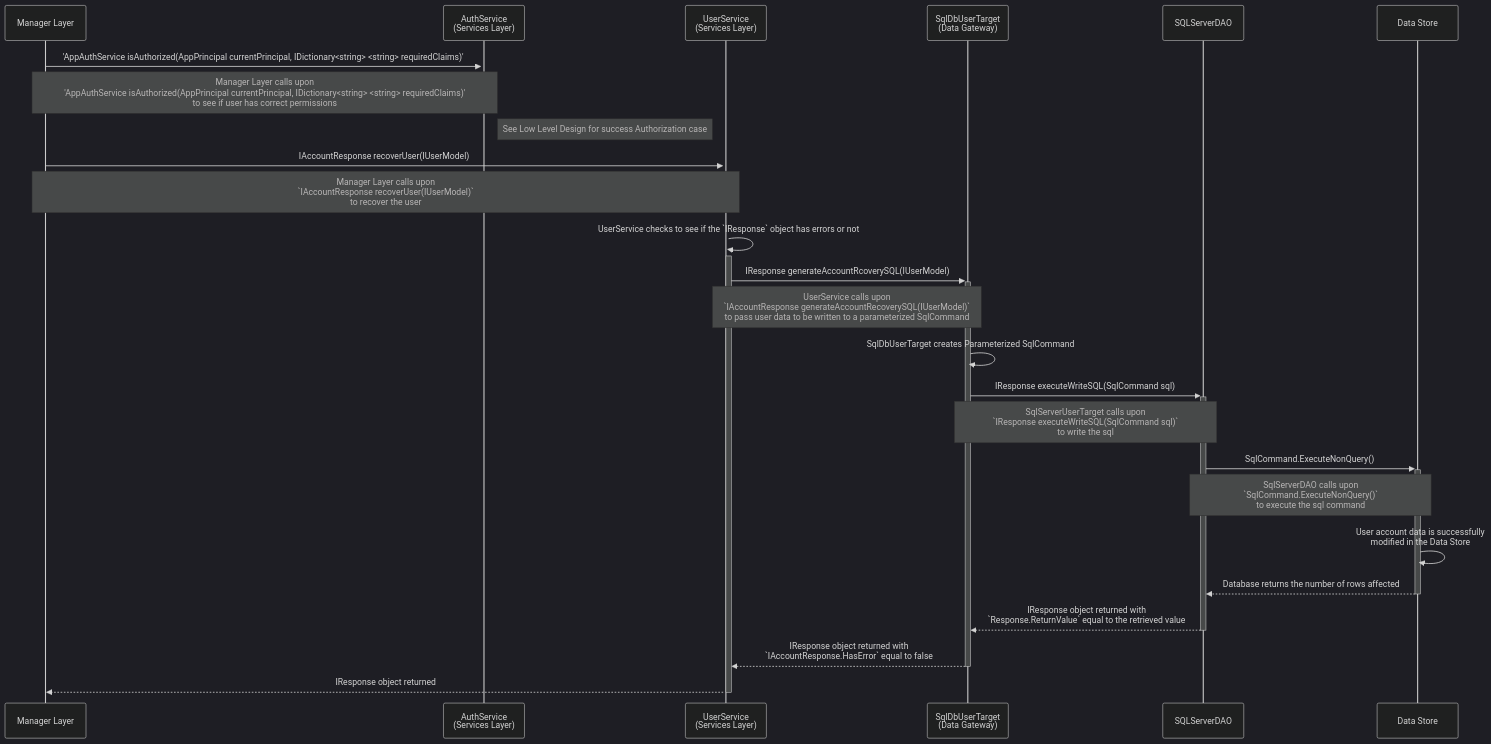
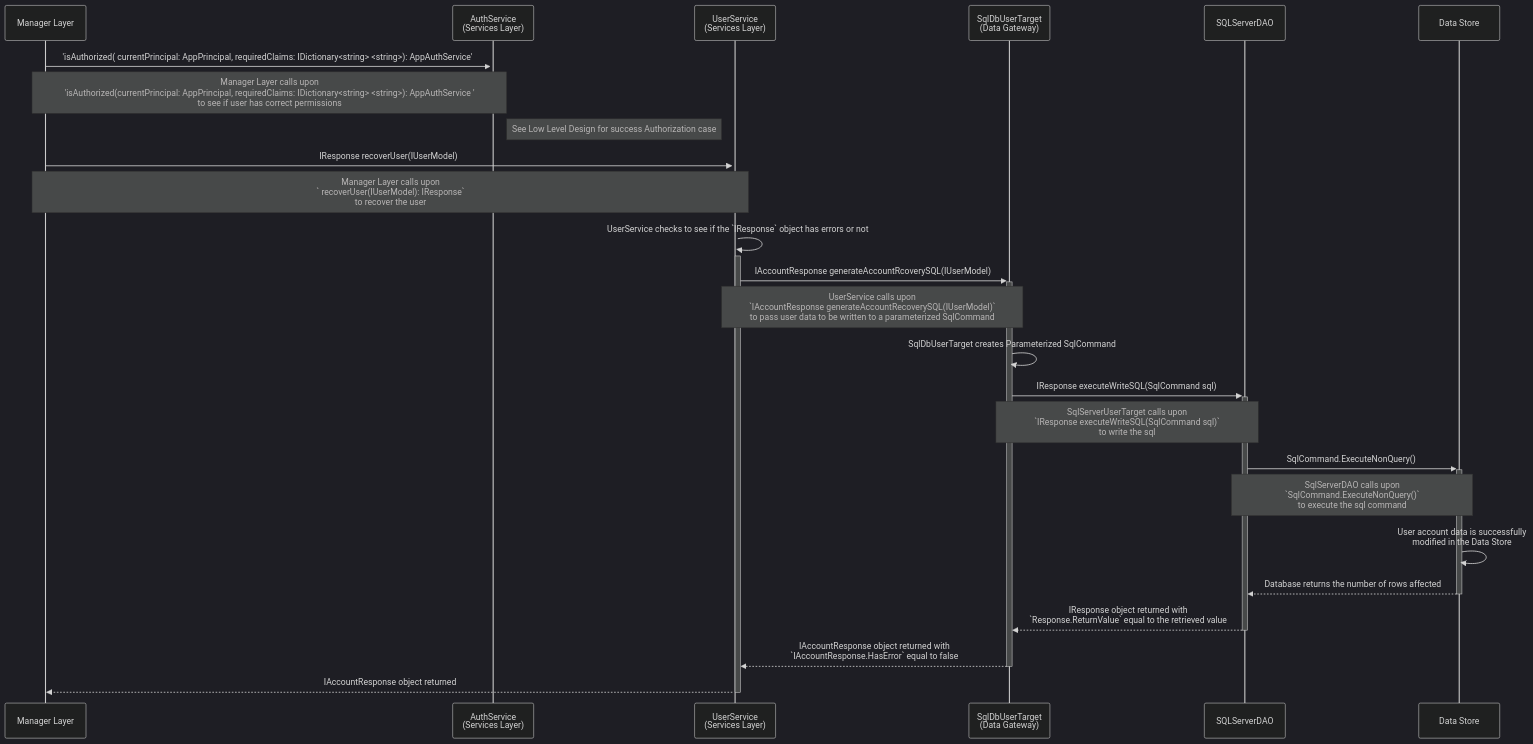
The diagram in Project Documents/Milestone 2/Low Level Design/User Administration Library/AccountRecovery/UserAdministrationLibrary_AccountRecovery_MfaSuccess.mmd (MNRainDrop/CECS-491A-Spec), drawn with Mermaid (dark theme) before and after one commit. The commit also changed 1 other file, not shown here.

```diff
--- a/Project Documents/Milestone 2/Low Level Design/User Administration Library/AccountRecovery/UserAdministrationLibrary_AccountRecovery_MfaSuccess.mmd
+++ b/Project Documents/Milestone 2/Low Level Design/User Administration Library/AccountRecovery/UserAdministrationLibrary_AccountRecovery_MfaSuccess.mmd
@@ -1,44 +1,44 @@
 sequenceDiagram
 
 %% See BRD UA-2 for additional context
 
 participant ml as Manager Layer
 participant as as AuthService<br>(Services Layer)
 participant uc as UserService<br>(Services Layer)
 participant dg as SqlDbUserTarget<br>(Data Gateway)
 participant da as SQLServerDAO
 participant ds as Data Store
 
 
-ml->>+as: 'AppAuthService isAuthorized(AppPrincipal currentPrincipal, IDictionary<string> <string> requiredClaims)'
-        Note over ml,as: Manager Layer calls upon<br>  'AppAuthService isAuthorized(AppPrincipal currentPrincipal, IDictionary<string> <string> requiredClaims)'<br>to see if user has correct permissions
+ml->>+as: 'isAuthorized( currentPrincipal: AppPrincipal, requiredClaims: IDictionary<string> <string>): AppAuthService'
+        Note over ml,as: Manager Layer calls upon<br>  'isAuthorized(currentPrincipal: AppPrincipal, requiredClaims: IDictionary<string> <string>): AppAuthService '<br>to see if user has correct permissions
         Note right of as: See Low Level Design for success Authorization case
 
 
-ml->>+uc: IAccountResponse recoverUser(IUserModel)
-    Note over ml,uc: Manager Layer calls upon<br>`IAccountResponse recoverUser(IUserModel)`<br>to recover the user
+ml->>+uc: IResponse recoverUser(IUserModel)
+    Note over ml,uc: Manager Layer calls upon<br>` recoverUser(IUserModel): IResponse`<br>to recover the user
 
 %% UserService should check/ validate data passed through
 uc->>+uc: UserService checks to see if the `IResponse` object has errors or not
 
     %% Modify the user
-    uc->>+dg: IResponse generateAccountRcoverySQL(IUserModel)
+    uc->>+dg: IAccountResponse generateAccountRcoverySQL(IUserModel)
     Note over uc,dg: UserService calls upon<br>`IAccountResponse generateAccountRecoverySQL(IUserModel)`<br>to pass user data to be written to a parameterized SqlCommand
 
     dg->>dg: SqlDbUserTarget creates Parameterized SqlCommand
 
     dg->>+da: IResponse executeWriteSQL(SqlCommand sql)
     Note over dg,da: SqlServerUserTarget calls upon<br>`IResponse executeWriteSQL(SqlCommand sql)`<br>to write the sql
 
     da->>+ds: SqlCommand.ExecuteNonQuery()
     Note over da,ds: SqlServerDAO calls upon<br>`SqlCommand.ExecuteNonQuery()`<br>to execute the sql command
 
     ds->>ds: User account data is successfully<br>modified in the Data Store
 
     ds-->>-da: Database returns the number of rows affected
 
     da-->>-dg: IResponse object returned with<br>`Response.ReturnValue` equal to the retrieved value
 
-    dg-->>-uc: IResponse object returned with<br>`IAccountResponse.HasError` equal to false
+    dg-->>-uc: IAccountResponse object returned with<br>`IAccountResponse.HasError` equal to false
 
-    uc-->>-ml: IResponse object returned
+    uc-->>-ml: IAccountResponse object returned
```
